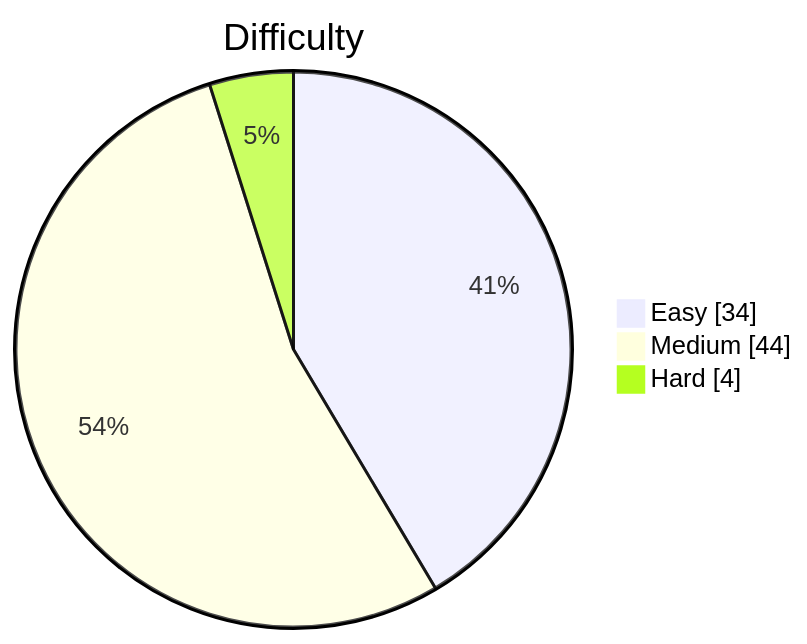
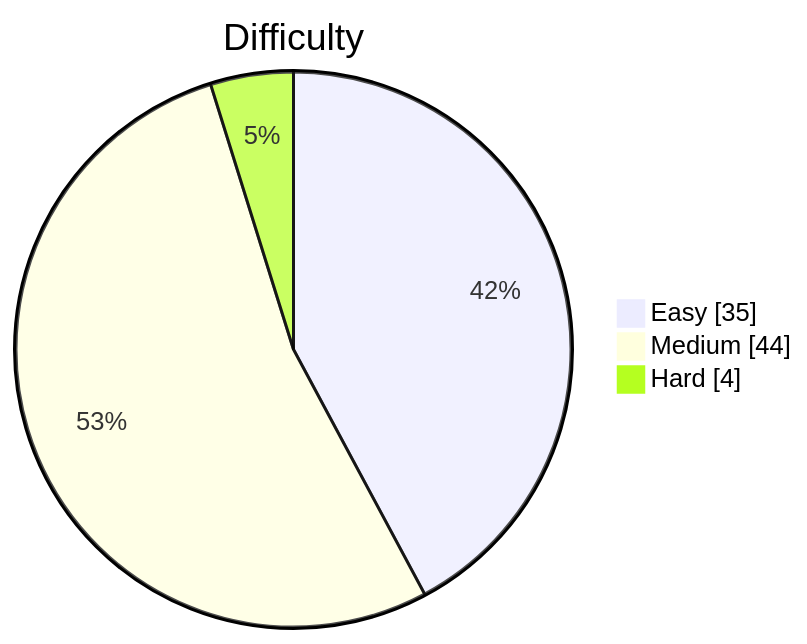
The diagram in README.md (kevstevie/python-algo-practice), drawn with Mermaid before and after one commit. The commit also changed other lines of this file, not shown here.

````diff
--- a/README.md
+++ b/README.md
@@ -13,7 +13,7 @@
 ```mermaid
 pie showData
     title Difficulty
-    "Easy"   : 34
+    "Easy"   : 35
     "Medium" : 44
     "Hard"   : 4
 ```
````
